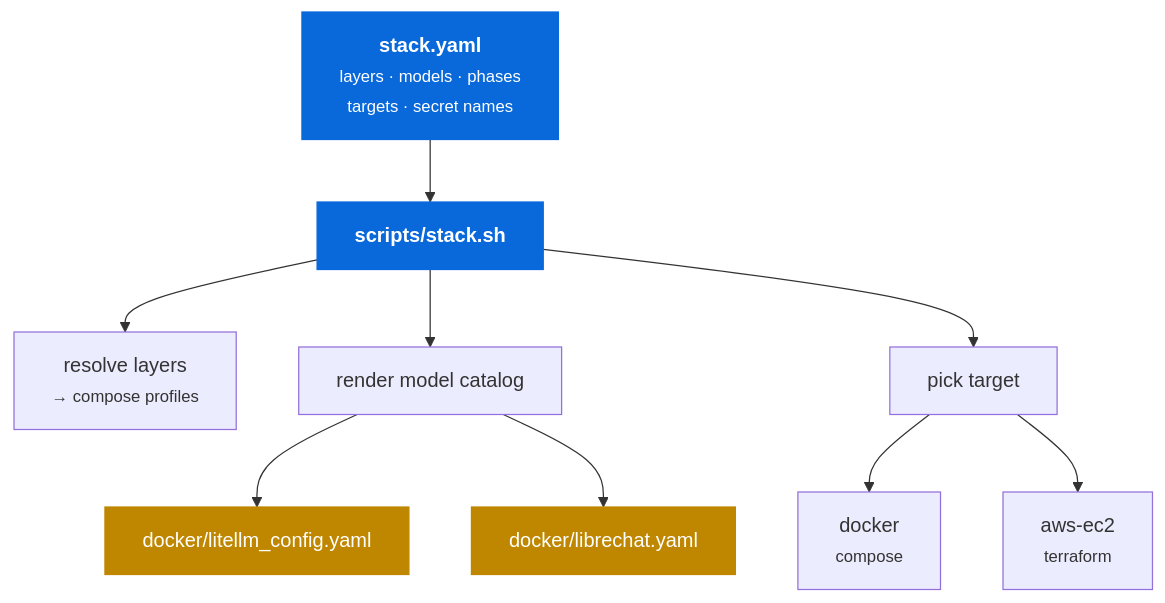
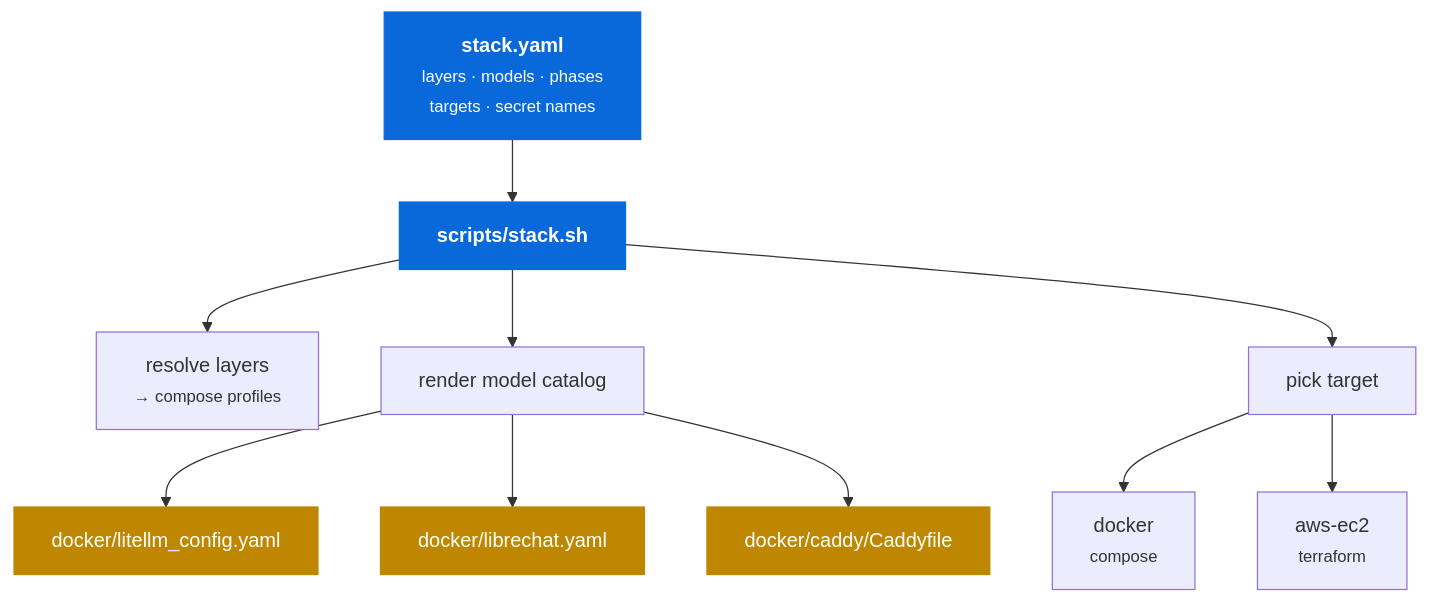
The diagram in docs/configuration.md (litkhai/llmops-in-a-box), drawn with Mermaid before and after one commit. The commit also changed other lines of this file and 3 other files, not shown here.

````diff
--- a/docs/configuration.md
+++ b/docs/configuration.md
@@ -7,26 +7,29 @@
 ```mermaid
 flowchart TB
     SY["<b>stack.yaml</b><br/><small>layers · models · phases<br/>targets · secret names</small>"]
     SH["<b>scripts/stack.sh</b>"]
     L["resolve layers<br/><small>→ compose profiles</small>"]
     R["render model catalog"]
     T["pick target"]
     LL["docker/litellm_config.yaml"]
     LR["docker/librechat.yaml"]
     D["docker<br/><small>compose</small>"]
     A["aws-ec2<br/><small>terraform</small>"]
 
+    CF["docker/caddy/Caddyfile"]
+
     SY --> SH
     SH --> L
     SH --> R
     SH --> T
     R --> LL
     R --> LR
+    R --> CF
     T --> D
     T --> A
 
     classDef src fill:#0969da,stroke:#0969da,color:#fff
     classDef gen fill:#bf8700,stroke:#bf8700,color:#fff
     class SY,SH src
-    class LL,LR gen
+    class LL,LR,CF gen
 ```
````
